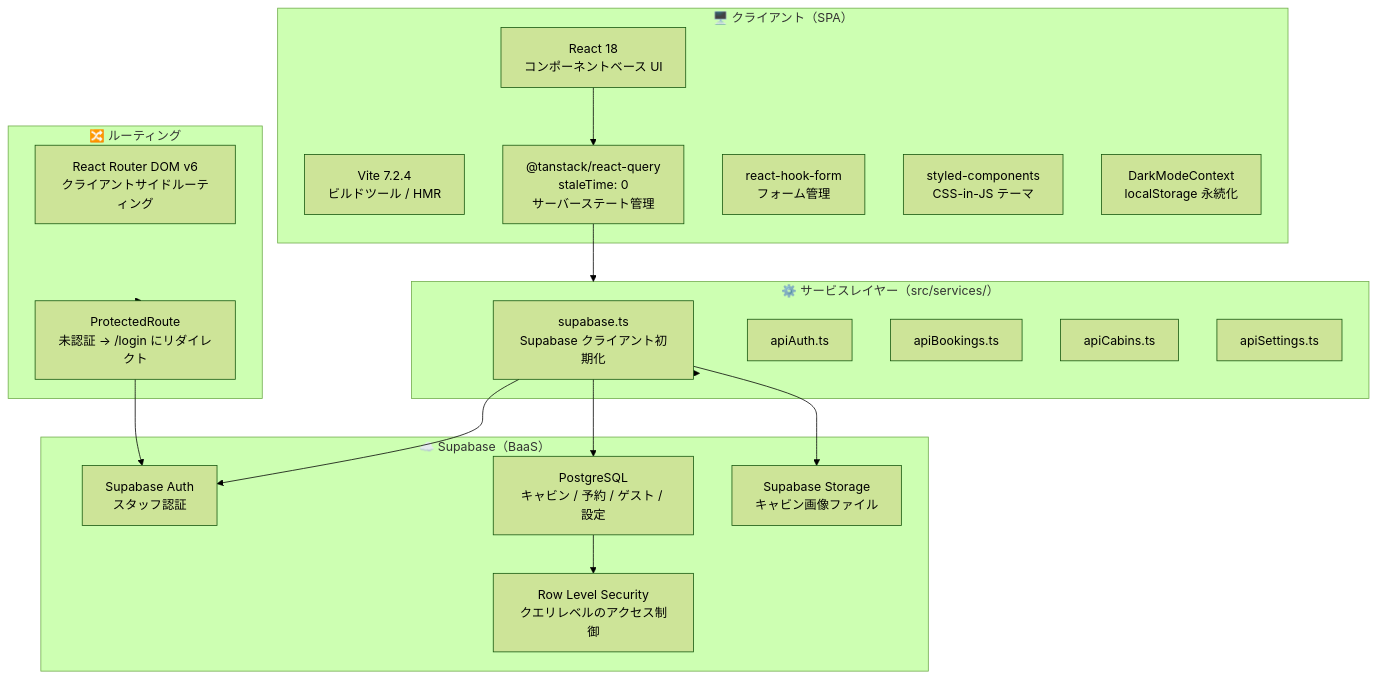
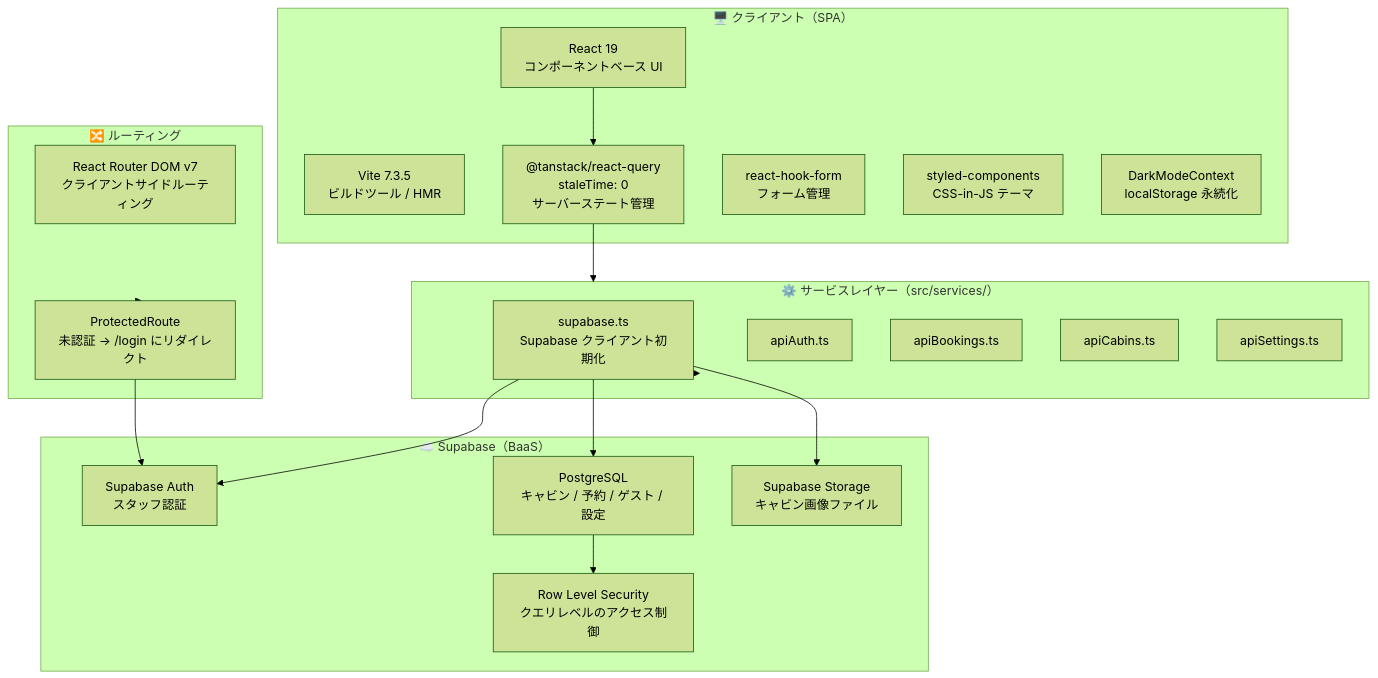
The first of 7 diagrams in README.md (myoshi2891/The-Wild-Oasis-For-Admin), drawn with Mermaid (forest theme) before and after one commit. The commit also changed other lines of this file, not shown here.

Commit message:
docs(readme): fix architectural and dependency version inconsistencies

````diff
--- a/README.md
+++ b/README.md
@@ -22,41 +22,41 @@
 ```mermaid
 graph TD
     subgraph CLIENT["🖥️ クライアント（SPA）"]
-        REACT["React 18\nコンポーネントベース UI"]
-        VITE["Vite 7.2.4\nビルドツール / HMR"]
+        REACT["React 19\nコンポーネントベース UI"]
+        VITE["Vite 7.3.5\nビルドツール / HMR"]
         RQ["@tanstack/react-query\nstaleTime: 0\nサーバーステート管理"]
         RHF["react-hook-form\nフォーム管理"]
         SC["styled-components\nCSS-in-JS テーマ"]
-        ZUSTAND["DarkModeContext\nlocalStorage 永続化"]
+        CONTEXT["DarkModeContext\nlocalStorage 永続化"]
     end
 
     subgraph ROUTING["🔀 ルーティング"]
-        RRD["React Router DOM v6\nクライアントサイドルーティング"]
+        RRD["React Router DOM v7\nクライアントサイドルーティング"]
         PR["ProtectedRoute\n未認証 → /login にリダイレクト"]
     end
 
     subgraph BACKEND["☁️ Supabase（BaaS）"]
         AUTH["Supabase Auth\nスタッフ認証"]
         DB["PostgreSQL\nキャビン / 予約 / ゲスト / 設定"]
         STORAGE["Supabase Storage\nキャビン画像ファイル"]
         RLS["Row Level Security\nクエリレベルのアクセス制御"]
     end
 
     subgraph SERVICES["⚙️ サービスレイヤー（src/services/）"]
         SB_CLIENT["supabase.ts\nSupabase クライアント初期化"]
         API_AUTH["apiAuth.ts"]
         API_BOOK["apiBookings.ts"]
         API_CABIN["apiCabins.ts"]
         API_SET["apiSettings.ts"]
     end
 
     REACT --> RQ
     RQ --> SERVICES
     SERVICES --> SB_CLIENT
     SB_CLIENT --> AUTH
     SB_CLIENT --> DB
     SB_CLIENT --> STORAGE
     DB --> RLS
     ROUTING --> PR
     PR --> AUTH
 ```
````
